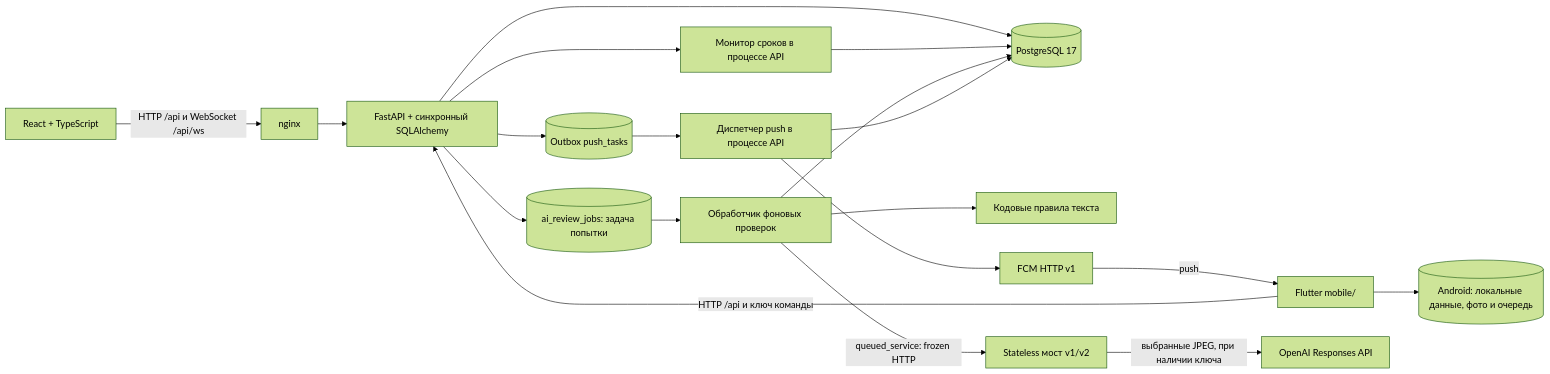
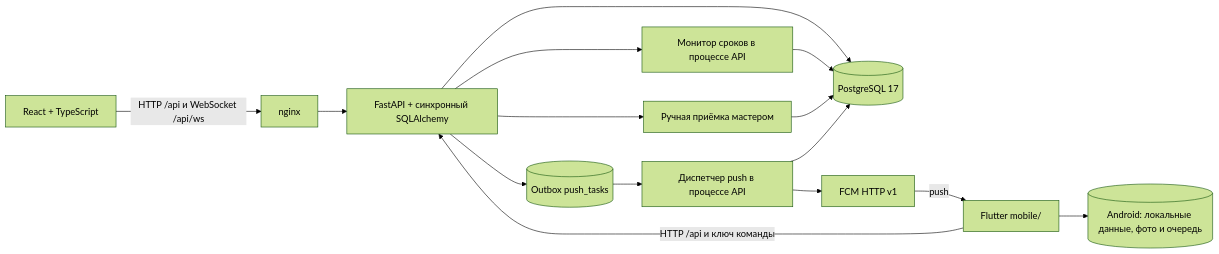
Before and after one commit to bshakaryan/km_case_hack: the first of 2 diagrams in docs/architecture.md, drawn with Mermaid (forest theme). The commit also changed other lines of this file and 167 other files, not shown here.

````diff
--- a/docs/architecture.md
+++ b/docs/architecture.md
@@ -13,21 +13,17 @@
 ```mermaid
 flowchart LR
   B[React + TypeScript] -->|HTTP /api и WebSocket /api/ws| N[nginx]
   N --> A[FastAPI + синхронный SQLAlchemy]
   F[Flutter mobile/] -->|HTTP /api и ключ команды| A
   F --> L[(Android: локальные данные, фото и очередь)]
   A --> D[(PostgreSQL 17)]
   A --> M[Монитор сроков в процессе API]
   M --> D
-  A --> J[(ai_review_jobs: задача попытки)]
-  J --> W[Обработчик фоновых проверок]
-  W --> S[Кодовые правила текста]
-  W -->|queued_service: frozen HTTP| AI[Stateless мост v1/v2]
-  AI -->|выбранные JPEG, при наличии ключа| OAI[OpenAI Responses API]
-  W --> D
+  A --> H[Ручная приёмка мастером]
+  H --> D
   A --> O[(Outbox push_tasks)]
   O --> DISP[Диспетчер push в процессе API]
   DISP --> D
   DISP --> FCM[FCM HTTP v1]
   FCM -->|push| F
 ```
````
